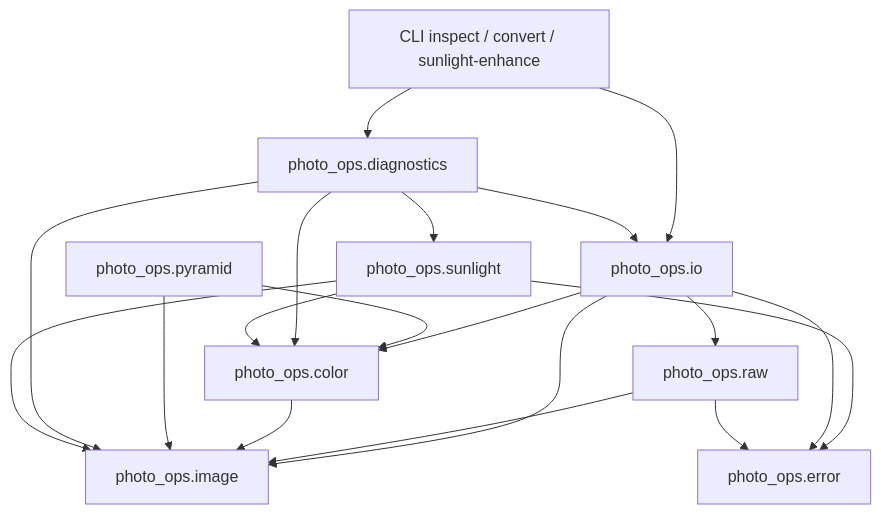
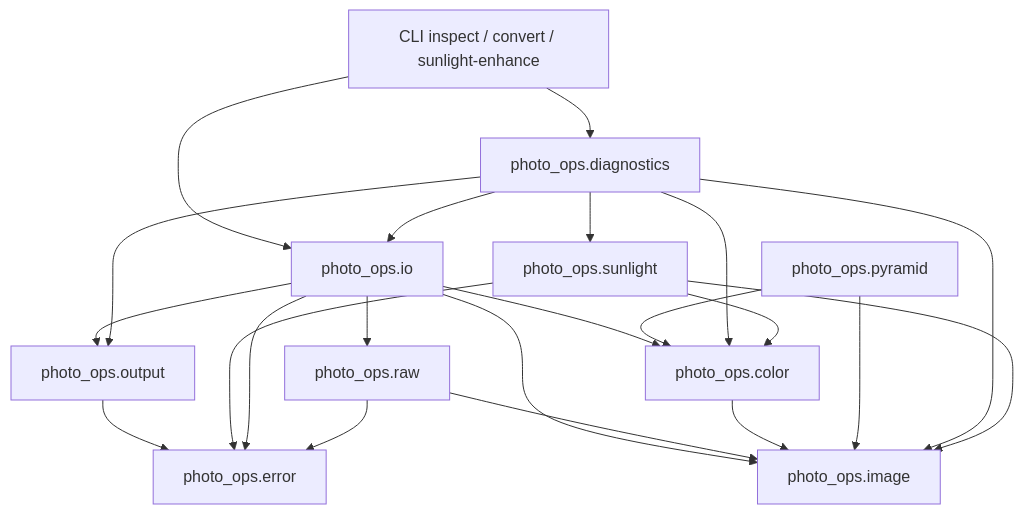
The diagram in docs/architecture.md (jipeng4974/photo-ops), drawn with Mermaid before and after one commit. The commit also changed other lines of this file and 24 other files, not shown here.

````diff
--- a/docs/architecture.md
+++ b/docs/architecture.md
@@ -5,21 +5,24 @@
 ```mermaid
 graph TD
     CLI[CLI inspect / convert / sunlight-enhance] --> IO[photo_ops.io]
     CLI --> DIAG[photo_ops.diagnostics]
+    IO --> OUT[photo_ops.output]
+    OUT --> ERR
+    DIAG --> OUT
     IO --> RAW[photo_ops.raw]
     IO --> COLOR[photo_ops.color]
     IO --> IMAGE[photo_ops.image]
     RAW --> IMAGE
     COLOR --> IMAGE
     PYRAMID[photo_ops.pyramid] --> COLOR
     PYRAMID --> IMAGE
     DIAG --> COLOR
     DIAG --> IMAGE
     DIAG --> SUN[photo_ops.sunlight]
     DIAG --> IO
     SUN --> COLOR
     SUN --> IMAGE
     SUN --> ERR[photo_ops.error]
     IO --> ERR
     RAW --> ERR
 ```
````
